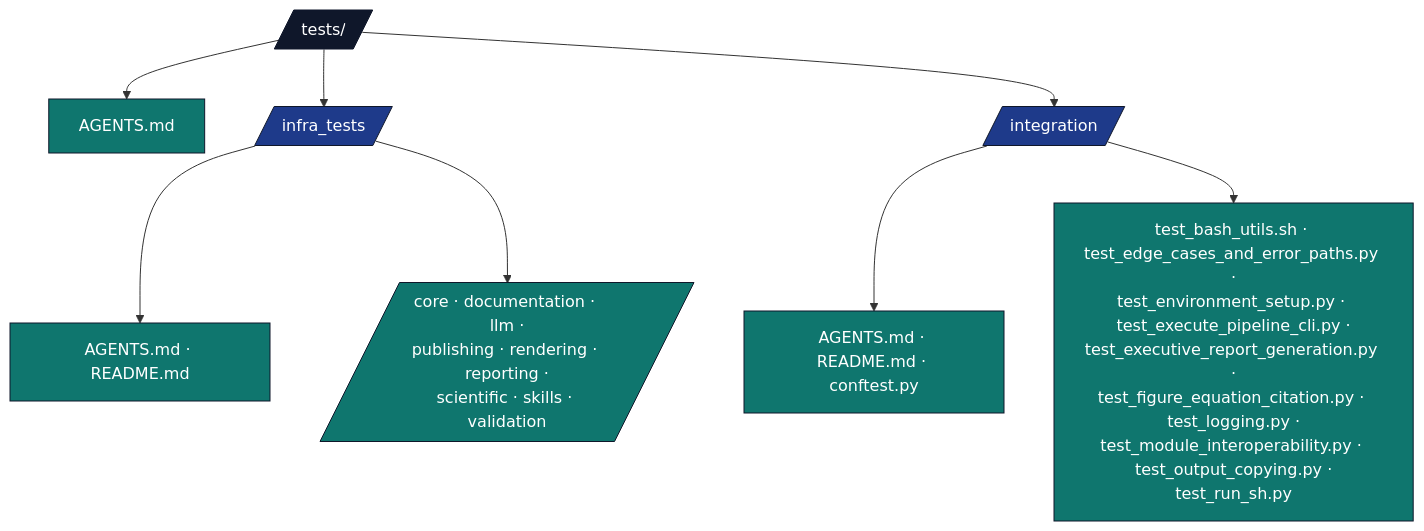
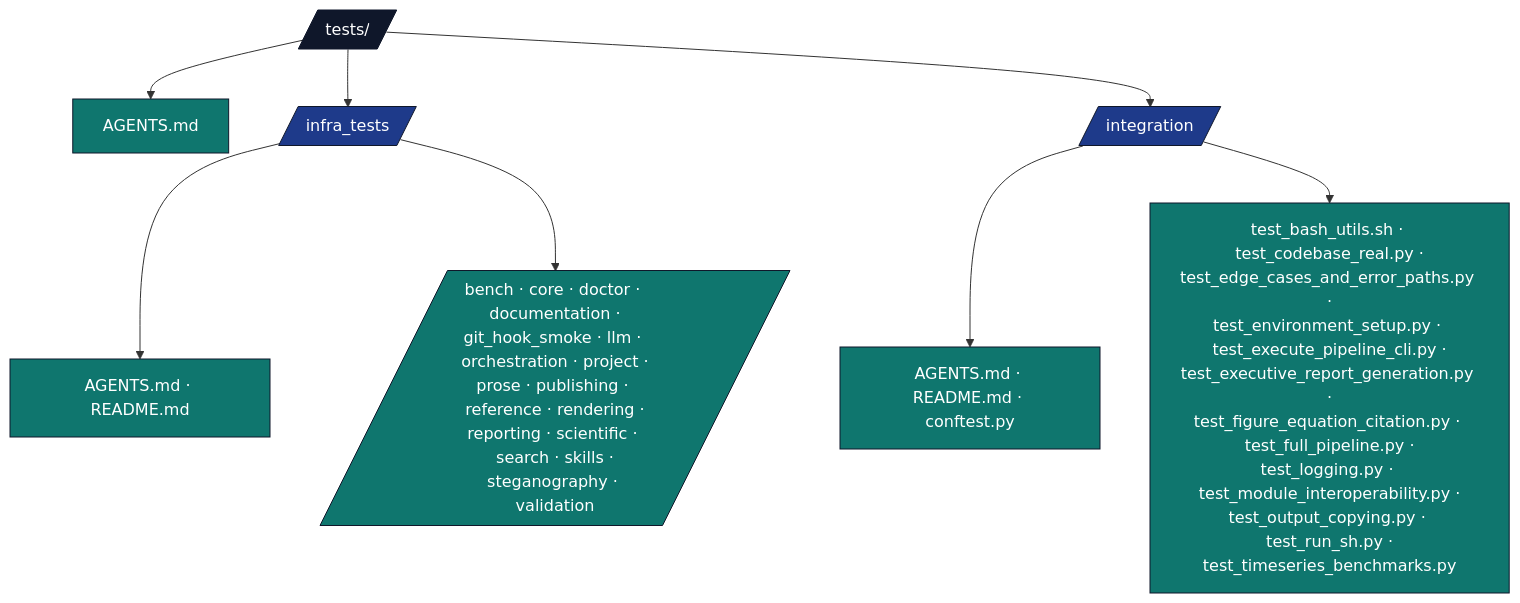
One commit to docxology/template changed the diagram in tests/README.md. Above: the diagram before and after it, drawn with Mermaid. The commit also changed 952 other files, not shown here.

````diff
--- a/tests/README.md
+++ b/tests/README.md
@@ -23,20 +23,20 @@
 ```mermaid
 flowchart TB
     T[/tests//]
     T --> T_AG[AGENTS.md]
     T --> INFRA_T[/infra_tests/]
     T --> INTEG[/integration/]
 
     INFRA_T --> INFRA_DOCS[AGENTS.md · README.md]
-    INFRA_T --> INFRA_SUB[/core · documentation · llm ·<br/>publishing · rendering · reporting ·<br/>scientific · skills · validation/]
+    INFRA_T --> INFRA_SUB[/bench · core · doctor · documentation ·<br/>git_hook_smoke · llm · orchestration · project ·<br/>prose · publishing · reference · rendering ·<br/>reporting · scientific · search · skills ·<br/>steganography · validation/]
 
     INTEG --> INT_DOCS[AGENTS.md · README.md · conftest.py]
-    INTEG --> INT_FILES[test_bash_utils.sh · test_edge_cases_and_error_paths.py ·<br/>test_environment_setup.py · test_execute_pipeline_cli.py ·<br/>test_executive_report_generation.py ·<br/>test_figure_equation_citation.py · test_logging.py ·<br/>test_module_interoperability.py · test_output_copying.py ·<br/>test_run_sh.py]
+    INTEG --> INT_FILES[test_bash_utils.sh · test_codebase_real.py ·<br/>test_edge_cases_and_error_paths.py ·<br/>test_environment_setup.py · test_execute_pipeline_cli.py ·<br/>test_executive_report_generation.py ·<br/>test_figure_equation_citation.py · test_full_pipeline.py ·<br/>test_logging.py · test_module_interoperability.py ·<br/>test_output_copying.py · test_run_sh.py ·<br/>test_timeseries_benchmarks.py]
 
     classDef d fill:#0f172a,stroke:#0f172a,color:#fff
     classDef pkg fill:#1e3a8a,stroke:#0f172a,color:#fff
     classDef f fill:#0f766e,stroke:#0f172a,color:#fff
     class T d
     class INFRA_T,INTEG pkg
     class T_AG,INFRA_DOCS,INFRA_SUB,INT_DOCS,INT_FILES f
 ```
````
